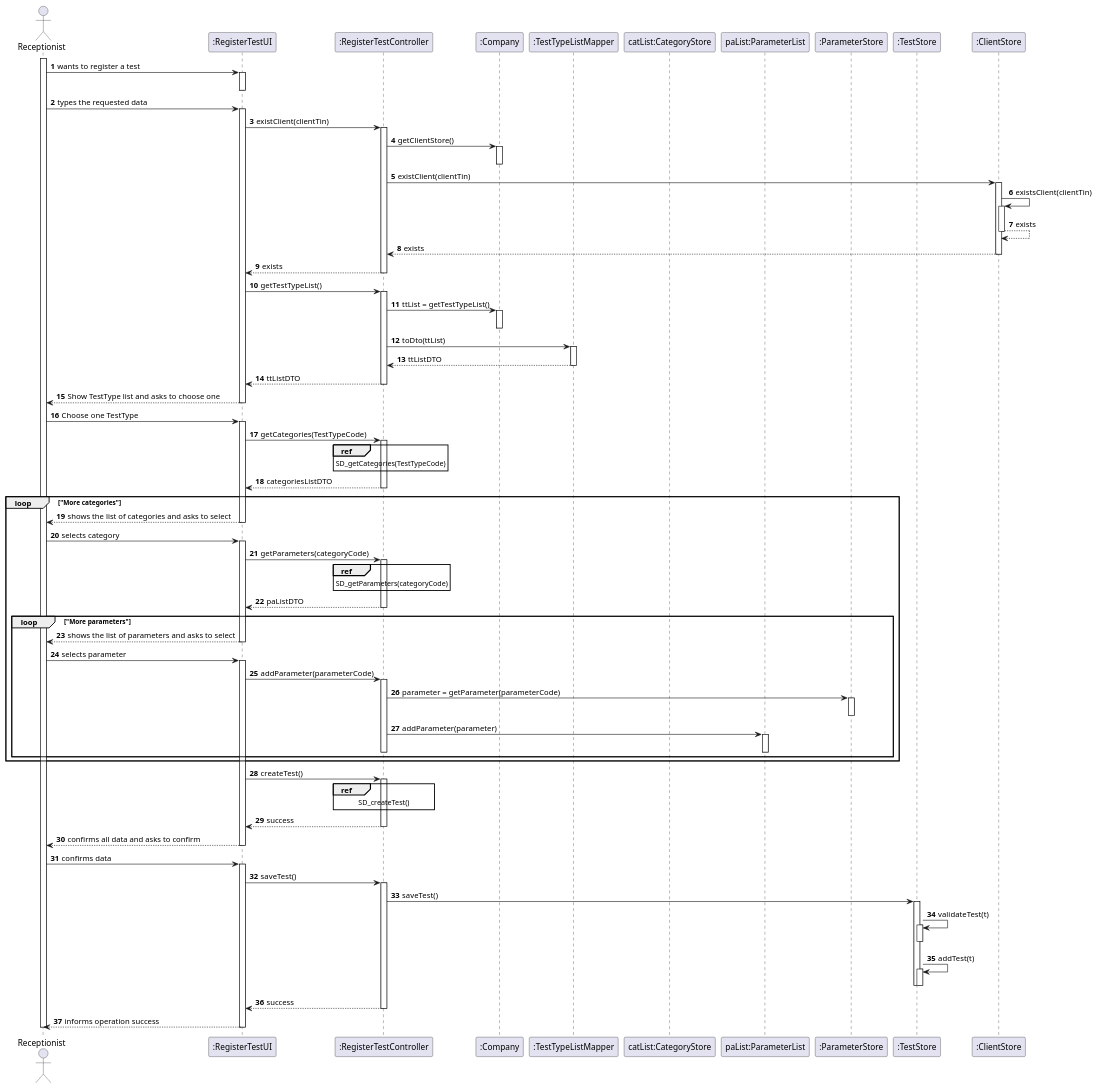
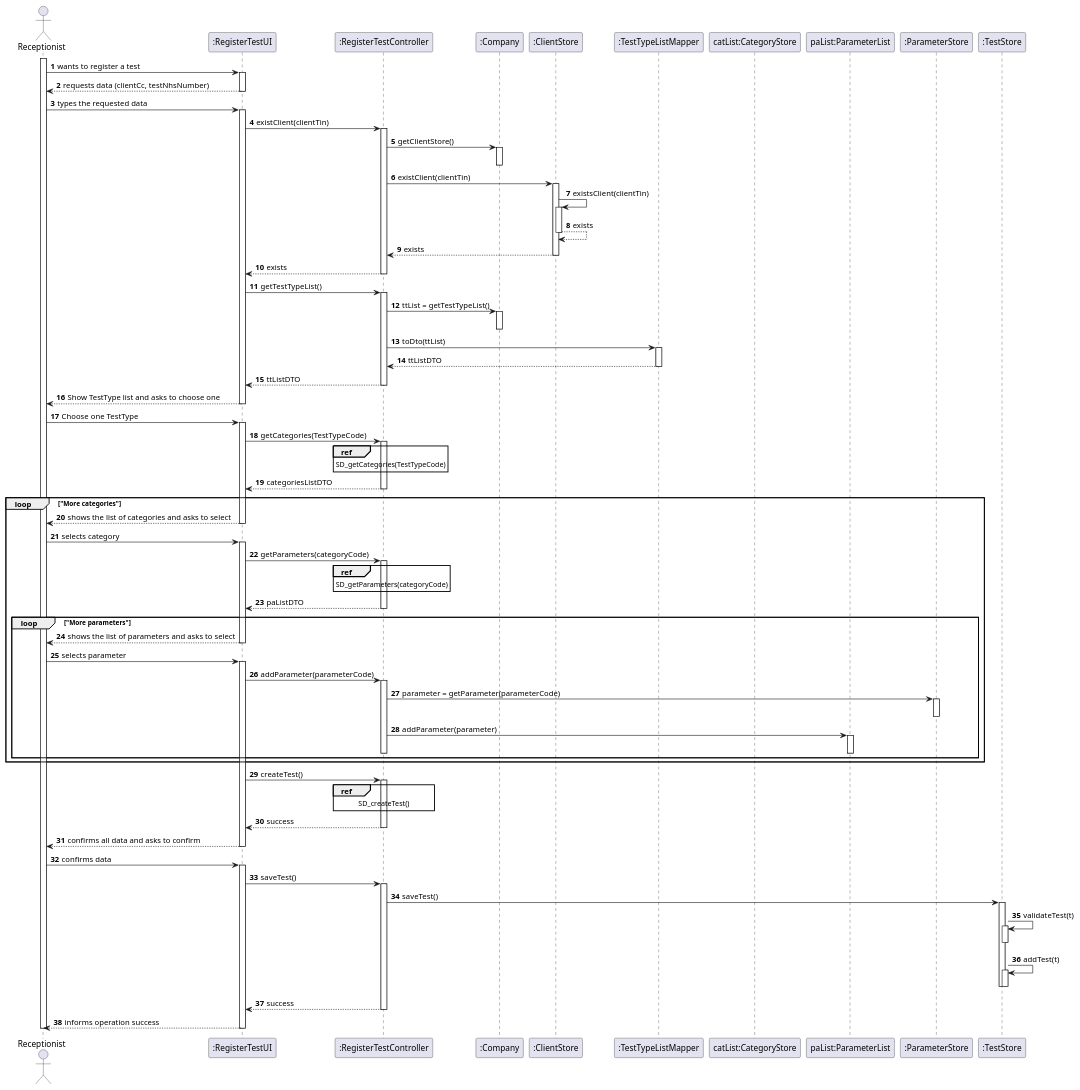
The diagram in docs/SprintC/US04/US4_SD.puml (MarianaCLages/LAPR2), drawn with PlantUML before and after one commit. The commit also changed 4 other files, not shown here.

```diff
--- a/docs/SprintC/US04/US4_SD.puml
+++ b/docs/SprintC/US04/US4_SD.puml
@@ -1,117 +1,118 @@
 @startuml
 
 autonumber
 
 actor Receptionist as R
 participant ":RegisterTestUI" as UI
 participant ":RegisterTestController" as ctrl
 participant ":Company" as comp
+participant ":ClientStore" as cStore
 participant ":TestTypeListMapper" as mapper
 participant "catList:CategoryStore" as catList
 participant "paList:ParameterList" as paList
 participant ":ParameterStore" as paStore
 participant ":TestStore" as tStore
-participant ":ClientStore" as cStore
 
 
 
 activate R
 R -> UI: wants to register a test
 activate UI
+UI --> R: requests data (clientCc, testNhsNumber)
 
 deactivate UI
 R -> UI: types the requested data
 activate UI
 UI -> ctrl: existClient(clientTin)
 activate ctrl
 ctrl -> comp: getClientStore()
 activate comp
 deactivate
 ctrl -> cStore: existClient(clientTin)
 activate cStore
 cStore -> cStore: existsClient(clientTin)
 activate cStore
 return exists
 return exists
 return exists
 deactivate cStore
 deactivate cStore
 
 UI -> ctrl: getTestTypeList()
 activate ctrl
 ctrl -> comp: ttList = getTestTypeList()
 activate comp
 deactivate
 ctrl -> mapper: toDto(ttList)
 activate mapper
 return ttListDTO
 return ttListDTO
 deactivate mapper
 deactivate ctrl
 
 deactivate ctrl
 UI --> R: Show TestType list and asks to choose one
 deactivate UI
 R -> UI: Choose one TestType
 activate UI
 UI -> ctrl: getCategories(TestTypeCode)
 activate ctrl
 ref over ctrl: SD_getCategories(TestTypeCode)
 return categoriesListDTO
 deactivate ctrl
 
 loop "More categories"
 UI --> R: shows the list of categories and asks to select
 deactivate UI
 R -> UI: selects category
 activate UI
 UI -> ctrl: getParameters(categoryCode)
 activate ctrl
 ref over ctrl: SD_getParameters(categoryCode)
 return paListDTO
 
 deactivate ctrl
 loop "More parameters"
 UI --> R: shows the list of parameters and asks to select
 deactivate UI
 R -> UI: selects parameter
 activate UI
 UI -> ctrl: addParameter(parameterCode)
 activate ctrl
 ctrl -> paStore: parameter = getParameter(parameterCode)
 activate paStore
 deactivate
 ctrl -> paList: addParameter(parameter)
 activate paList
 deactivate
 deactivate
 end
 end
 UI -> ctrl: createTest()
 activate ctrl
 ref over ctrl: SD_createTest()
 ctrl --> UI: success
 deactivate ctrl
 
 UI --> R: confirms all data and asks to confirm
 deactivate UI
 R -> UI: confirms data
 activate UI
 UI -> ctrl: saveTest()
 activate ctrl
 ctrl -> tStore: saveTest()
 activate tStore
 tStore -> tStore: validateTest(t)
 activate tStore
 deactivate
 tStore -> tStore: addTest(t)
 activate tStore
 deactivate
 deactivate
 return success
 
 deactivate ctrl
 UI --> R: informs operation success
 deactivate UI
 deactivate R
 @enduml
```
